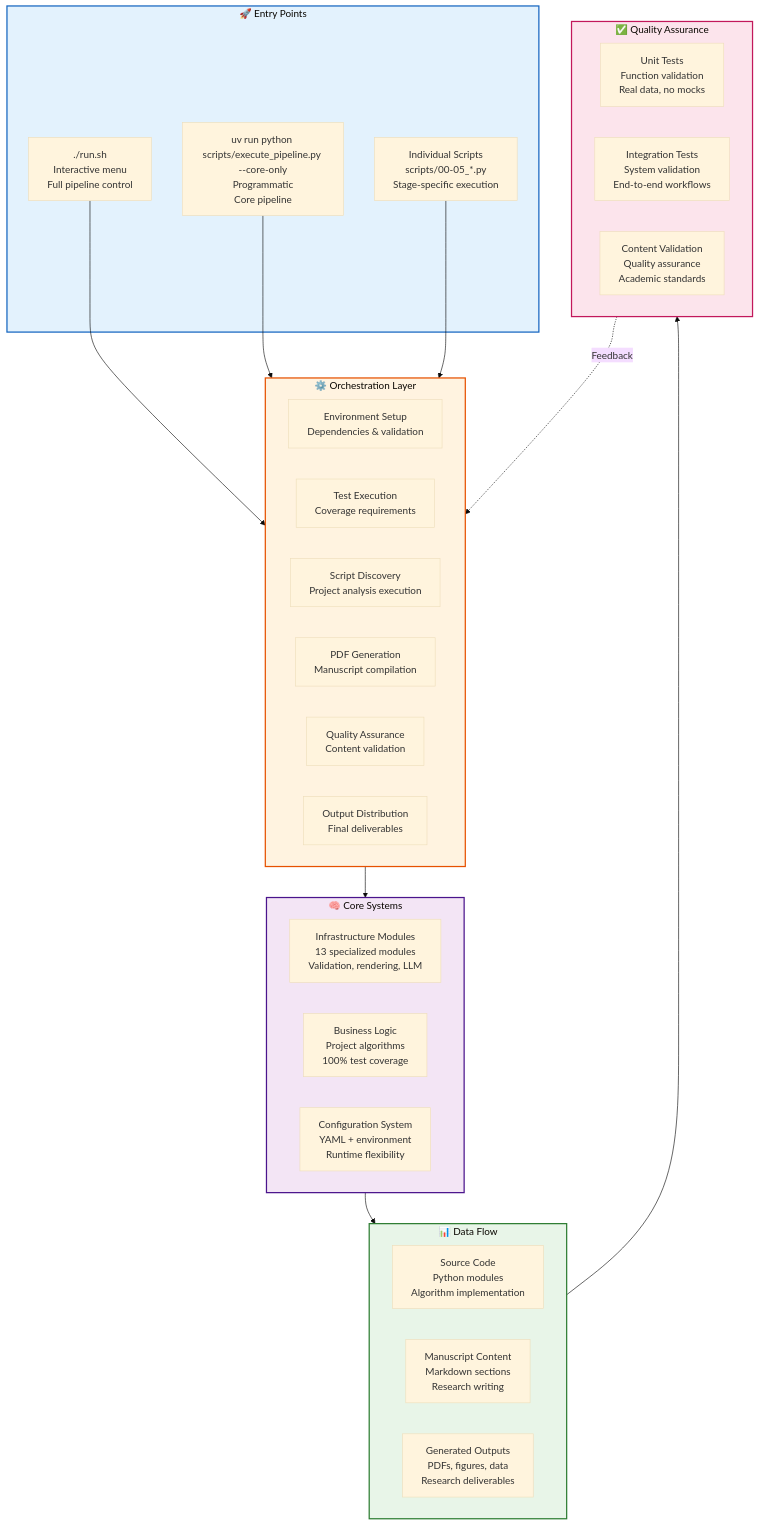
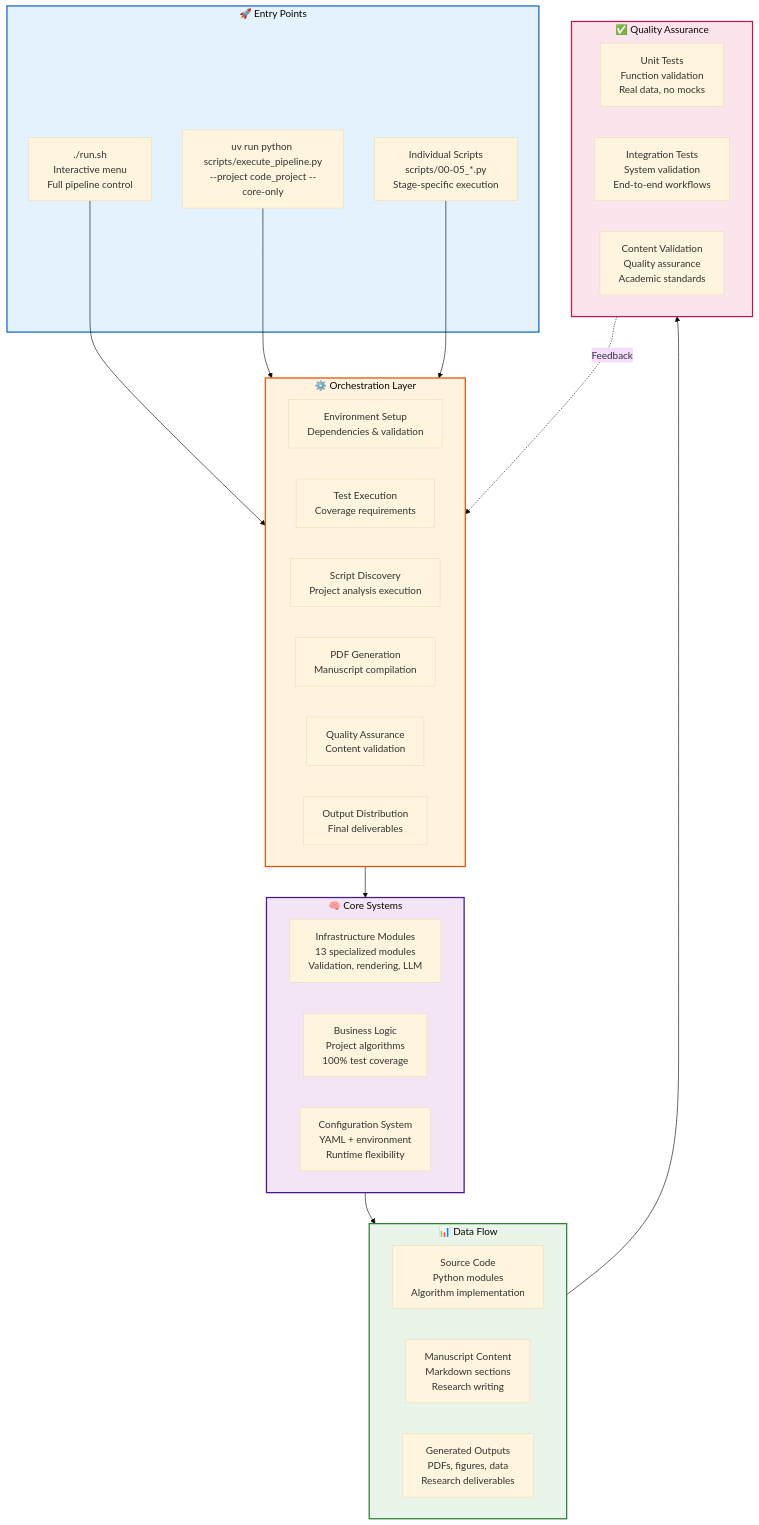
The seventh of 14 diagrams in README.md (docxology/template), drawn with Mermaid (base theme) before and after one commit. The commit also changed other lines of this file and 292 other files, not shown here.

````diff
--- a/README.md
+++ b/README.md
@@ -535,57 +537,57 @@
 ```mermaid
 graph TB
     subgraph Entry["🚀 Entry Points"]
         RUNSH[./run.sh\nInteractive menu\nFull pipeline control]
-        RUNALL[uv run python scripts/execute_pipeline.py --core-only\nProgrammatic\nCore pipeline]
+        RUNALL[uv run python scripts/execute_pipeline.py\n--project code_project --core-only]
         INDIVIDUAL[Individual Scripts\nscripts/00-05_*.py\nStage-specific execution]
     end
 
     subgraph Orchestration["⚙️ Orchestration Layer"]
         SETUP[Environment Setup\nDependencies & validation]
         TESTING[Test Execution\nCoverage requirements]
         ANALYSIS[Script Discovery\nProject analysis execution]
         RENDERING[PDF Generation\nManuscript compilation]
         VALIDATION[Quality Assurance\nContent validation]
         DELIVERY[Output Distribution\nFinal deliverables]
     end
 
     subgraph Core["🧠 Core Systems"]
         INFRASTRUCTURE[Infrastructure Modules\n13 specialized modules\nValidation, rendering, LLM]
         BUSINESS_LOGIC[Business Logic\nProject algorithms\n100% test coverage]
         CONFIGURATION[Configuration System\nYAML + environment\nRuntime flexibility]
     end
 
     subgraph Data["📊 Data Flow"]
         SOURCE_CODE[Source Code\nPython modules\nAlgorithm implementation]
         MANUSCRIPT_CONTENT[Manuscript Content\nMarkdown sections\nResearch writing]
         GENERATED_OUTPUTS[Generated Outputs\nPDFs, figures, data\nResearch deliverables]
     end
 
     subgraph Quality["✅ Quality Assurance"]
         UNIT_TESTS[Unit Tests\nFunction validation\nReal data, no mocks]
         INTEGRATION_TESTS[Integration Tests\nSystem validation\nEnd-to-end workflows]
         VALIDATION_CHECKS[Content Validation\nQuality assurance\nAcademic standards]
     end
 
     RUNSH --> Orchestration
     RUNALL --> Orchestration
     INDIVIDUAL --> Orchestration
 
     Orchestration --> Core
     Core --> Data
     Data --> Quality
 
     Quality -.->|Feedback| Orchestration
 
     classDef entry fill:#e3f2fd,stroke:#1565c0,stroke-width:2px
     classDef orchestration fill:#fff3e0,stroke:#e65100,stroke-width:2px
     classDef core fill:#f3e5f5,stroke:#4a148c,stroke-width:2px
     classDef data fill:#e8f5e8,stroke:#2e7d32,stroke-width:2px
     classDef quality fill:#fce4ec,stroke:#c2185b,stroke-width:2px
 
     class Entry entry
     class Orchestration orchestration
     class Core core
     class Data data
     class Quality quality
 ```
````
